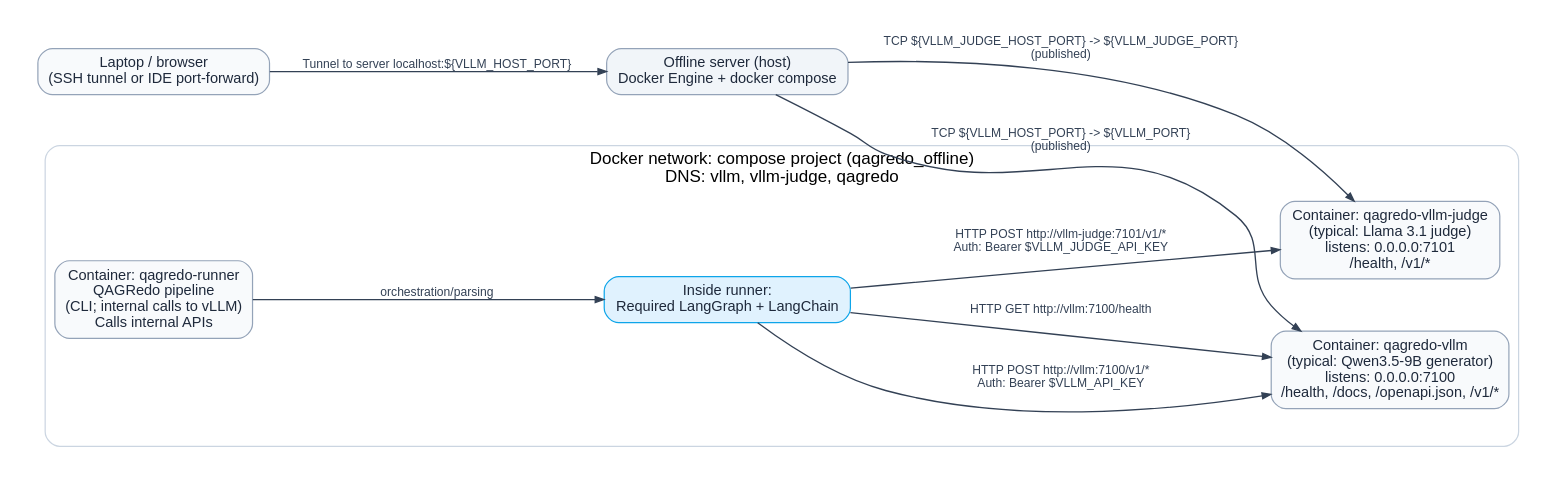
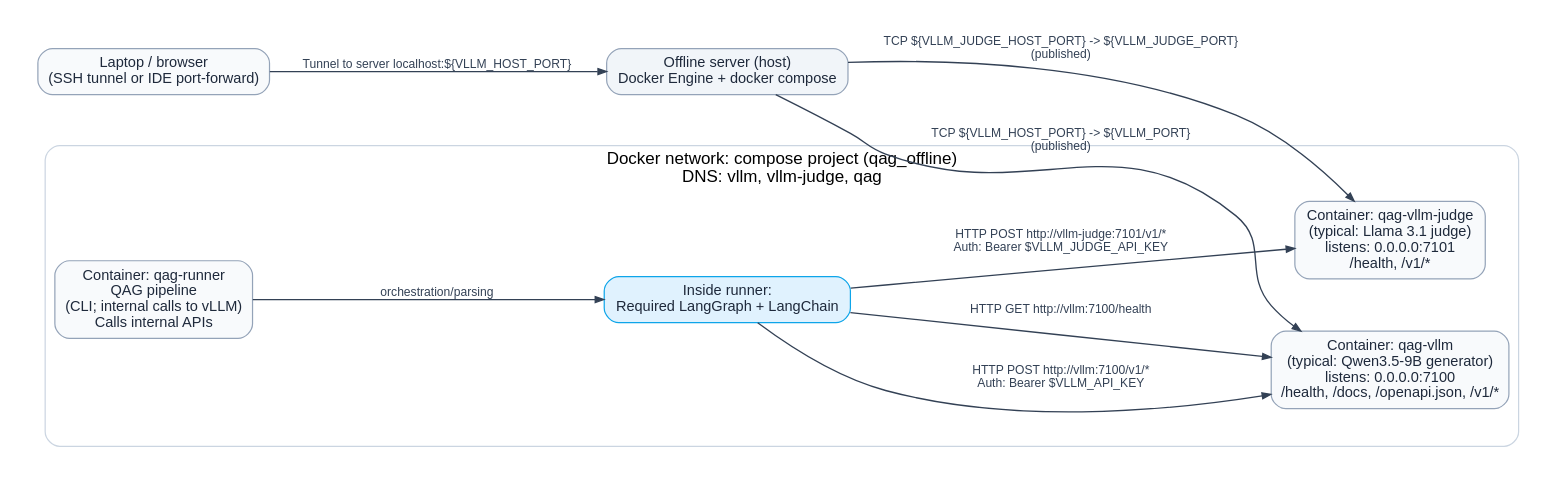
The diagram in docs/architecture/diagrams/network_docker_compose.dot (tohyewhong/qagredo-local), drawn with Graphviz before and after one commit. The commit also changed 273 other files, not shown here.

First line of the commit message:
Add algorithm baseline v3, architecture docs, and LoRA finetune stack.

```diff
--- a/docs/architecture/diagrams/network_docker_compose.dot
+++ b/docs/architecture/diagrams/network_docker_compose.dot
@@ -1,56 +1,56 @@
 /* vLLM-default network layout: two vLLM containers + runner.
    Ollama alternative: network_docker_compose_ollama.dot. */
 digraph NetworkDockerCompose {
   graph [
     rankdir=LR,
     splines=true,
     bgcolor="#ffffff",
     pad="0.3",
     nodesep="0.6",
     ranksep="0.8",
     fontname="Arial"
   ];
 
   node [
     shape=box,
     style="rounded,filled",
     fillcolor="#f8fafc",
     color="#94a3b8",
     fontcolor="#1e293b",
     fontsize=12,
     fontname="Arial",
     margin="0.12,0.08"
   ];
 
   edge [
     color="#334155",
     penwidth=1.1,
     arrowsize=0.7,
     fontsize=10,
     fontname="Arial",
     fontcolor="#334155"
   ];
 
   laptop [label="Laptop / browser\n(SSH tunnel or IDE port-forward)"];
   host [label="Offline server (host)\nDocker Engine + docker compose", fillcolor="#f1f5f9"];
 
   subgraph cluster_net {
-    label="Docker network: compose project (qagredo_offline)\nDNS: vllm, vllm-judge, qagredo";
+    label="Docker network: compose project (qag_offline)\nDNS: vllm, vllm-judge, qag";
     color="#cbd5e1";
     style="rounded";
 
-    runner [label="Container: qagredo-runner\nQAGRedo pipeline\n(CLI; internal calls to vLLM)\nCalls internal APIs"];
+    runner [label="Container: qag-runner\nQAG pipeline\n(CLI; internal calls to vLLM)\nCalls internal APIs"];
     framework [label="Inside runner:\nRequired LangGraph + LangChain", fillcolor="#e0f2fe", color="#0ea5e9"];
-    vllm [label="Container: qagredo-vllm\n(typical: Qwen3.5-9B generator)\nlistens: 0.0.0.0:7100\n/health, /docs, /openapi.json, /v1/*"];
-    judge [label="Container: qagredo-vllm-judge\n(typical: Llama 3.1 judge)\nlistens: 0.0.0.0:7101\n/health, /v1/*"];
+    vllm [label="Container: qag-vllm\n(typical: Qwen3.5-9B generator)\nlistens: 0.0.0.0:7100\n/health, /docs, /openapi.json, /v1/*"];
+    judge [label="Container: qag-vllm-judge\n(typical: Llama 3.1 judge)\nlistens: 0.0.0.0:7101\n/health, /v1/*"];
   }
 
   laptop -> host [label="Tunnel to server localhost:${VLLM_HOST_PORT}"];
   host -> vllm [label="TCP ${VLLM_HOST_PORT} -> ${VLLM_PORT}\n(published)"];
   host -> judge [label="TCP ${VLLM_JUDGE_HOST_PORT} -> ${VLLM_JUDGE_PORT}\n(published)"];
 
   runner -> framework [label="orchestration/parsing"];
   framework -> vllm [label="HTTP GET http://vllm:7100/health"];
   framework -> vllm [label="HTTP POST http://vllm:7100/v1/*\nAuth: Bearer $VLLM_API_KEY"];
   framework -> judge [label="HTTP POST http://vllm-judge:7101/v1/*\nAuth: Bearer $VLLM_JUDGE_API_KEY"];
 }
```
